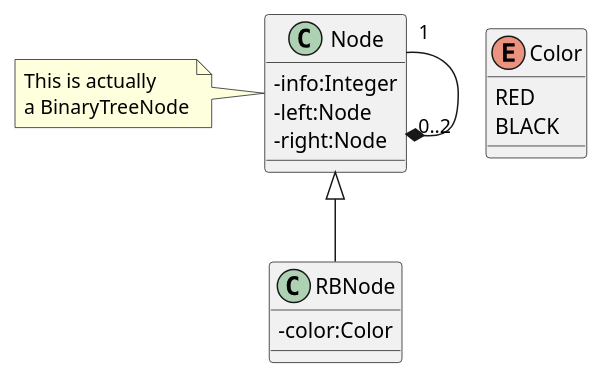
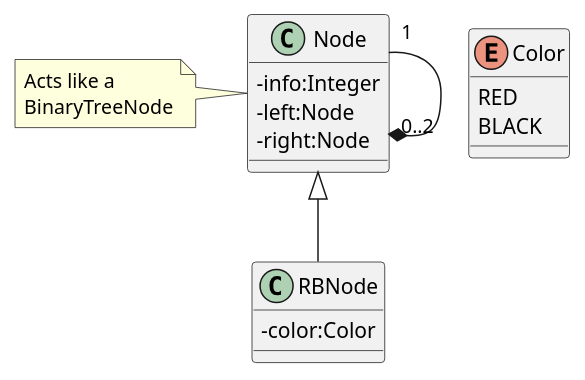
The diagram in out/production/RedBlackTree_Implementation/com/company/uml/nodes.puml (VicentGJ/red_black_tree_java), drawn with PlantUML before and after one commit. The commit also changed 10 other files, not shown here.

```diff
--- a/out/production/RedBlackTree_Implementation/com/company/uml/nodes.puml
+++ b/out/production/RedBlackTree_Implementation/com/company/uml/nodes.puml
@@ -1,19 +1,19 @@
 @startuml
 'https://plantuml.com/class-diagram
 skinparam classAttributeIconSize 0
 
 class Node{
     -info:Integer
     -left:Node
     -right:Node
 }
-note left: This is actually \na BinaryTreeNode
+note left: Acts like a \nBinaryTreeNode
 Node"1" --* "0..2"Node
 class RBNode extends Node{
     -color:Color
 }
 enum Color{
     RED
     BLACK
 }
 @enduml
```
